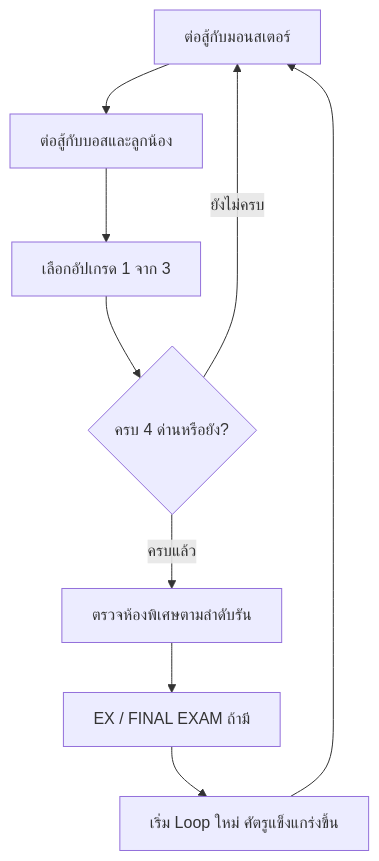
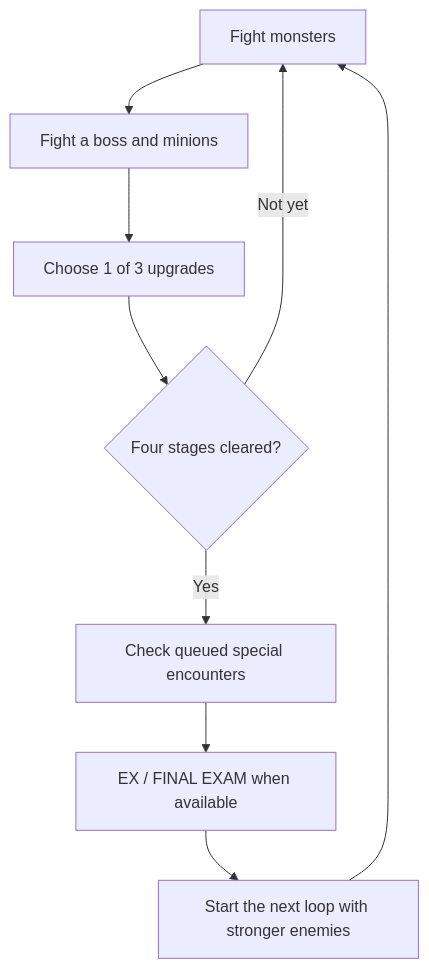
One commit to kirinojuju/survive_isne_no_escape changed the diagram in README.md. Above: the diagram before and after it, drawn with Mermaid. The commit also changed other lines of this file, not shown here.

````diff
--- a/README.md
+++ b/README.md
@@ -66,11 +62,11 @@
 ```mermaid
 flowchart TD
-    A["ต่อสู้กับมอนสเตอร์"] --> B["ต่อสู้กับบอสและลูกน้อง"]
-    B --> C["เลือกอัปเกรด 1 จาก 3"]
-    C --> D{"ครบ 4 ด่านหรือยัง?"}
-    D -- "ยังไม่ครบ" --> A
-    D -- "ครบแล้ว" --> E["ตรวจห้องพิเศษตามลำดับรัน"]
-    E --> F["EX / FINAL EXAM ถ้ามี"]
-    F --> G["เริ่ม Loop ใหม่ ศัตรูแข็งแกร่งขึ้น"]
+    A["Fight monsters"] --> B["Fight a boss and minions"]
+    B --> C["Choose 1 of 3 upgrades"]
+    C --> D{"Four stages cleared?"}
+    D -- "Not yet" --> A
+    D -- "Yes" --> E["Check queued special encounters"]
+    E --> F["EX / FINAL EXAM when available"]
+    F --> G["Start the next loop with stronger enemies"]
     G --> A
 ```
````
